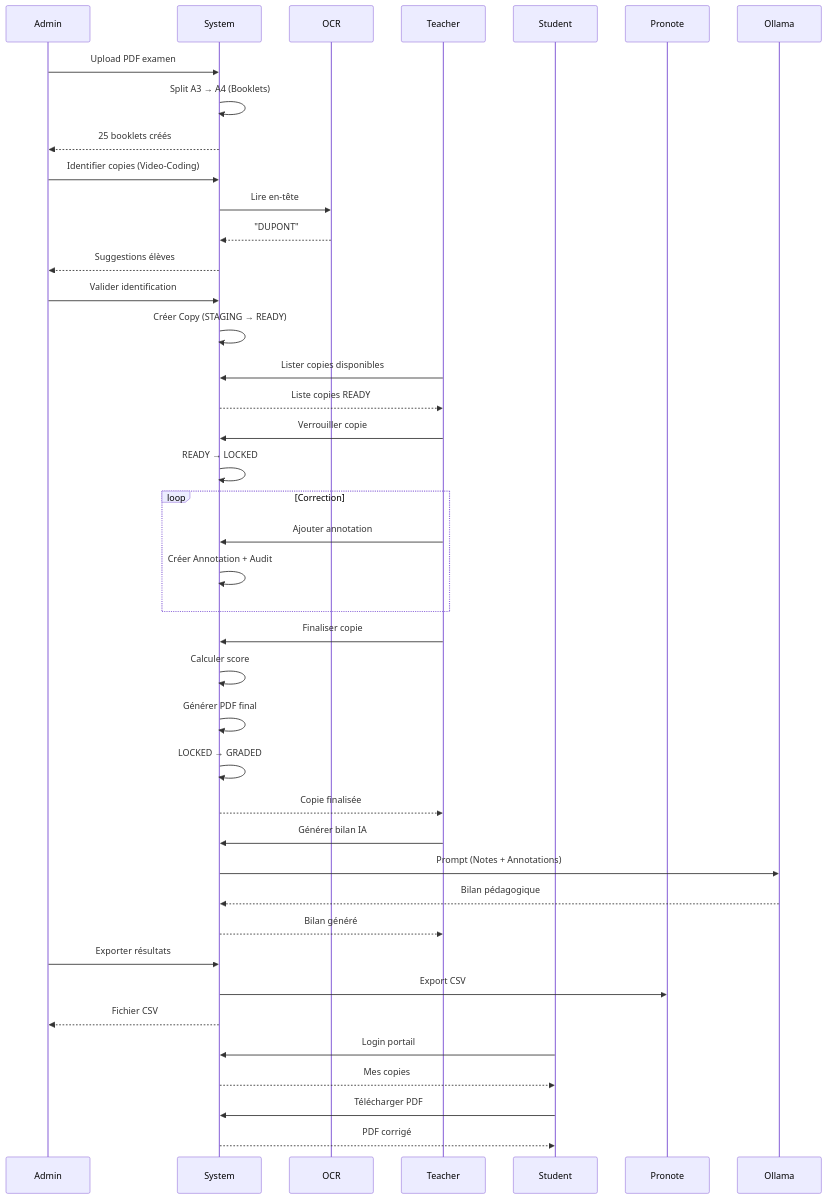
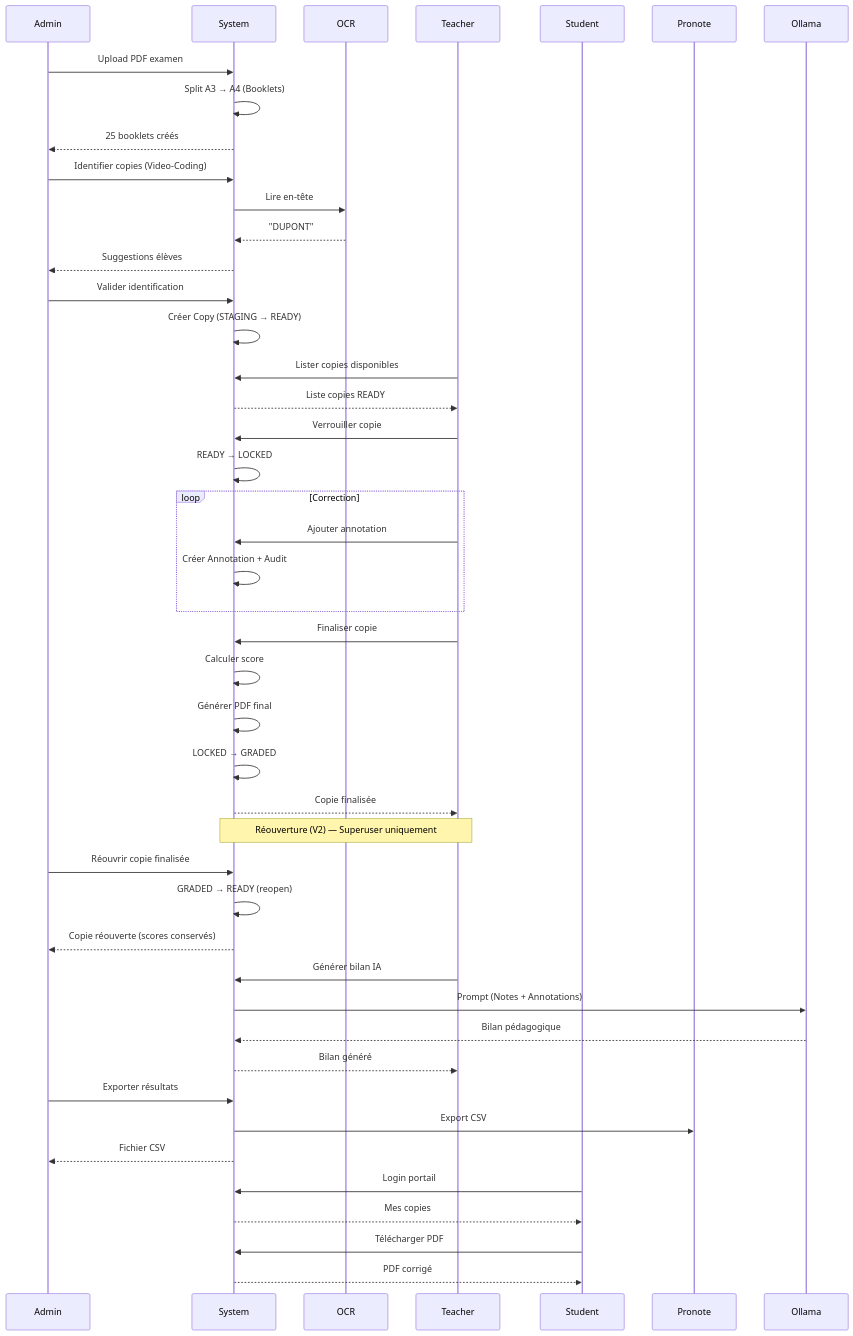
The second of 10 diagrams in docs/technical/BUSINESS_WORKFLOWS.md (cyranoaladin/Korrigo), drawn with Mermaid before and after one commit. The commit also changed other lines of this file and 83 other files, not shown here.

````diff
--- a/docs/technical/BUSINESS_WORKFLOWS.md
+++ b/docs/technical/BUSINESS_WORKFLOWS.md
@@ -67,50 +67,55 @@
 ```mermaid
 sequenceDiagram
     participant Admin
     participant System
     participant OCR
     participant Teacher
     participant Student
     participant Pronote
     
     Admin->>System: Upload PDF examen
     System->>System: Split A3 → A4 (Booklets)
     System-->>Admin: 25 booklets créés
     
     Admin->>System: Identifier copies (Video-Coding)
     System->>OCR: Lire en-tête
     OCR-->>System: "DUPONT"
     System-->>Admin: Suggestions élèves
     Admin->>System: Valider identification
     System->>System: Créer Copy (STAGING → READY)
     
     Teacher->>System: Lister copies disponibles
     System-->>Teacher: Liste copies READY
     Teacher->>System: Verrouiller copie
     System->>System: READY → LOCKED
     
     loop Correction
         Teacher->>System: Ajouter annotation
         System->>System: Créer Annotation + Audit
     end
     
     Teacher->>System: Finaliser copie
     System->>System: Calculer score
     System->>System: Générer PDF final
     System->>System: LOCKED → GRADED
     System-->>Teacher: Copie finalisée
 
+    Note over Teacher,System: Réouverture (V2) — Superuser uniquement
+    Admin->>System: Réouvrir copie finalisée
+    System->>System: GRADED → READY (reopen)
+    System-->>Admin: Copie réouverte (scores conservés)
+
     Teacher->>System: Générer bilan IA
     System->>Ollama: Prompt (Notes + Annotations)
     Ollama-->>System: Bilan pédagogique
     System-->>Teacher: Bilan généré
     
     Admin->>System: Exporter résultats
     System->>Pronote: Export CSV
     System-->>Admin: Fichier CSV
     
     Student->>System: Login portail
     System-->>Student: Mes copies
     Student->>System: Télécharger PDF
     System-->>Student: PDF corrigé
 ```
````
